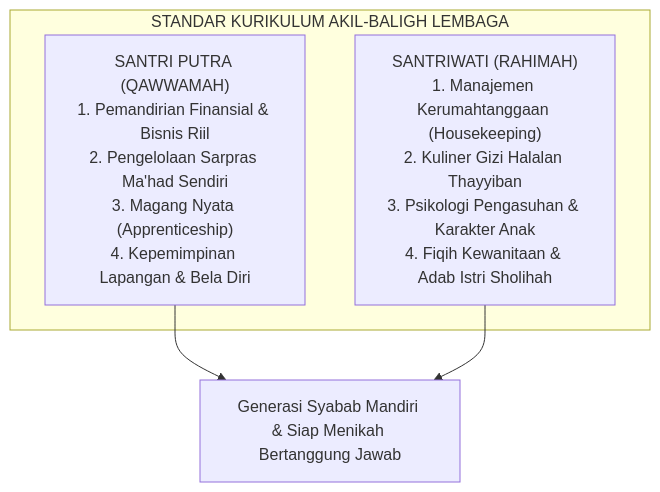
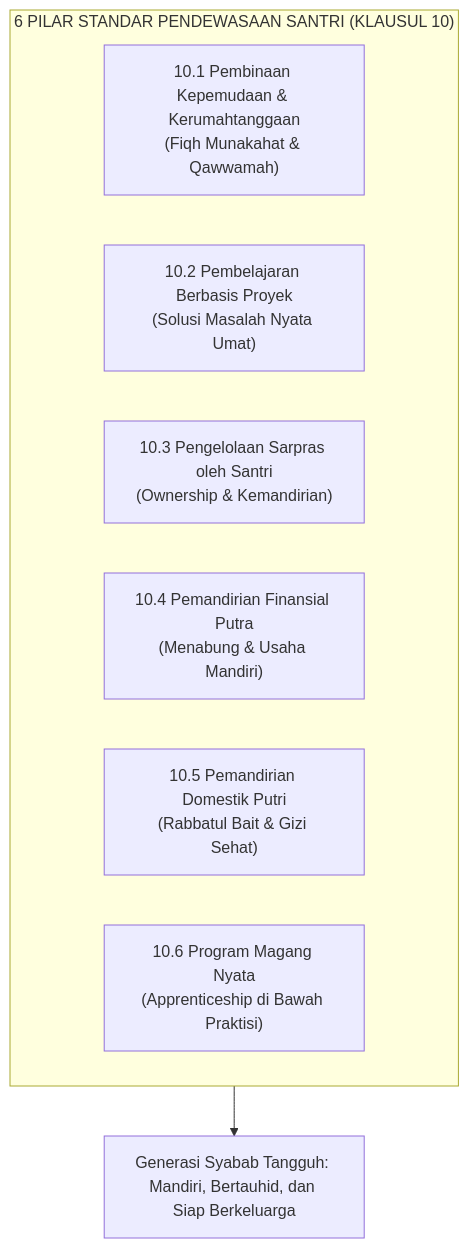
The second of 3 diagrams in content/Paradigma - Implementasi PKN/Dokumen Pendidikan Karakter Nabawiyah/Paradigma & Implementasi/Insan/Fitrah (Karakter)/Perkembangan/Syabab.md (decaller/wiki-pkn), drawn with Mermaid before and after one commit. The commit also changed other lines of this file and 13 other files, not shown here.

````diff
--- a/content/Paradigma - Implementasi PKN/Dokumen Pendidikan Karakter Nabawiyah/Paradigma & Implementasi/Insan/Fitrah (Karakter)/Perkembangan/Syabab.md
+++ b/content/Paradigma - Implementasi PKN/Dokumen Pendidikan Karakter Nabawiyah/Paradigma & Implementasi/Insan/Fitrah (Karakter)/Perkembangan/Syabab.md
@@ -100,10 +100,13 @@
 ```mermaid
 graph TD
-    subgraph STANDAR_PENDEWASAAN["STANDAR KURIKULUM AKIL-BALIGH LEMBAGA"]
-        Putra["SANTRI PUTRA (QAWWAMAH)<br/>1. Pemandirian Finansial & Bisnis Riil<br/>2. Pengelolaan Sarpras Ma'had Sendiri<br/>3. Magang Nyata (Apprenticeship)<br/>4. Kepemimpinan Lapangan & Bela Diri"]
-        Putri["SANTRIWATI (RAHIMAH)<br/>1. Manajemen Kerumahtanggaan (Housekeeping)<br/>2. Kuliner Gizi Halalan Thayyiban<br/>3. Psikologi Pengasuhan & Karakter Anak<br/>4. Fiqih Kewanitaan & Adab Istri Sholihah"]
+    subgraph STANDAR_PENDEWASAAN["6 PILAR STANDAR PENDEWASAAN SANTRI (KLAUSUL 10)"]
+        K1["10.1 Pembinaan Kepemudaan & Kerumahtanggaan<br/>(Fiqh Munakahat & Qawwamah)"]
+        K2["10.2 Pembelajaran Berbasis Proyek<br/>(Solusi Masalah Nyata Umat)"]
+        K3["10.3 Pengelolaan Sarpras oleh Santri<br/>(Ownership & Kemandirian)"]
+        K4["10.4 Pemandirian Finansial Putra<br/>(Menabung & Usaha Mandiri)"]
+        K5["10.5 Pemandirian Domestik Putri<br/>(Rabbatul Bait & Gizi Sehat)"]
+        K6["10.6 Program Magang Nyata<br/>(Apprenticeship di Bawah Praktisi)"]
     end
 
-    Putra --> Output["Generasi Syabab Mandiri & Siap Menikah Bertanggung Jawab"]
-    Putri --> Output
+    STANDAR_PENDEWASAAN --> Output["Generasi Syabab Tangguh: Mandiri, Bertauhid, dan Siap Berkeluarga"]
 ```
````
